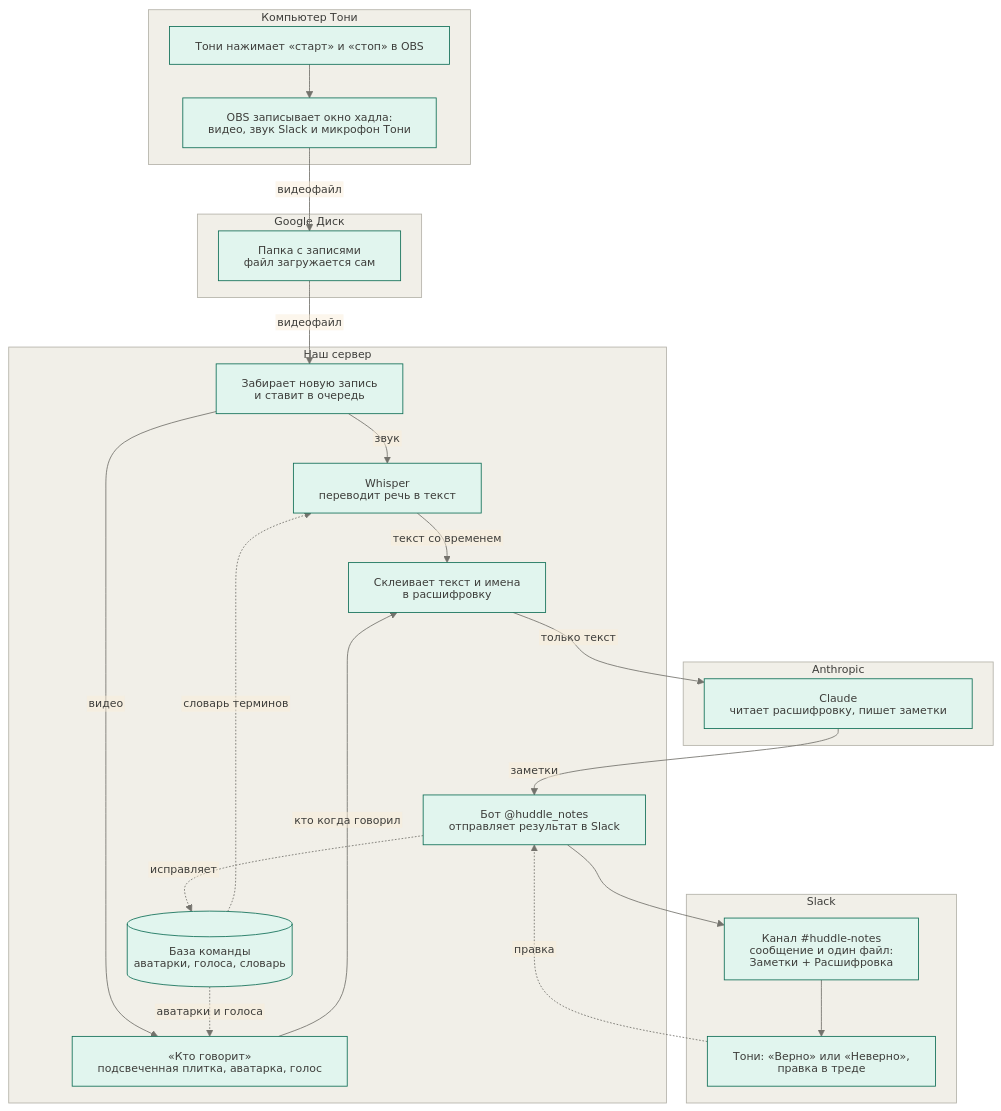
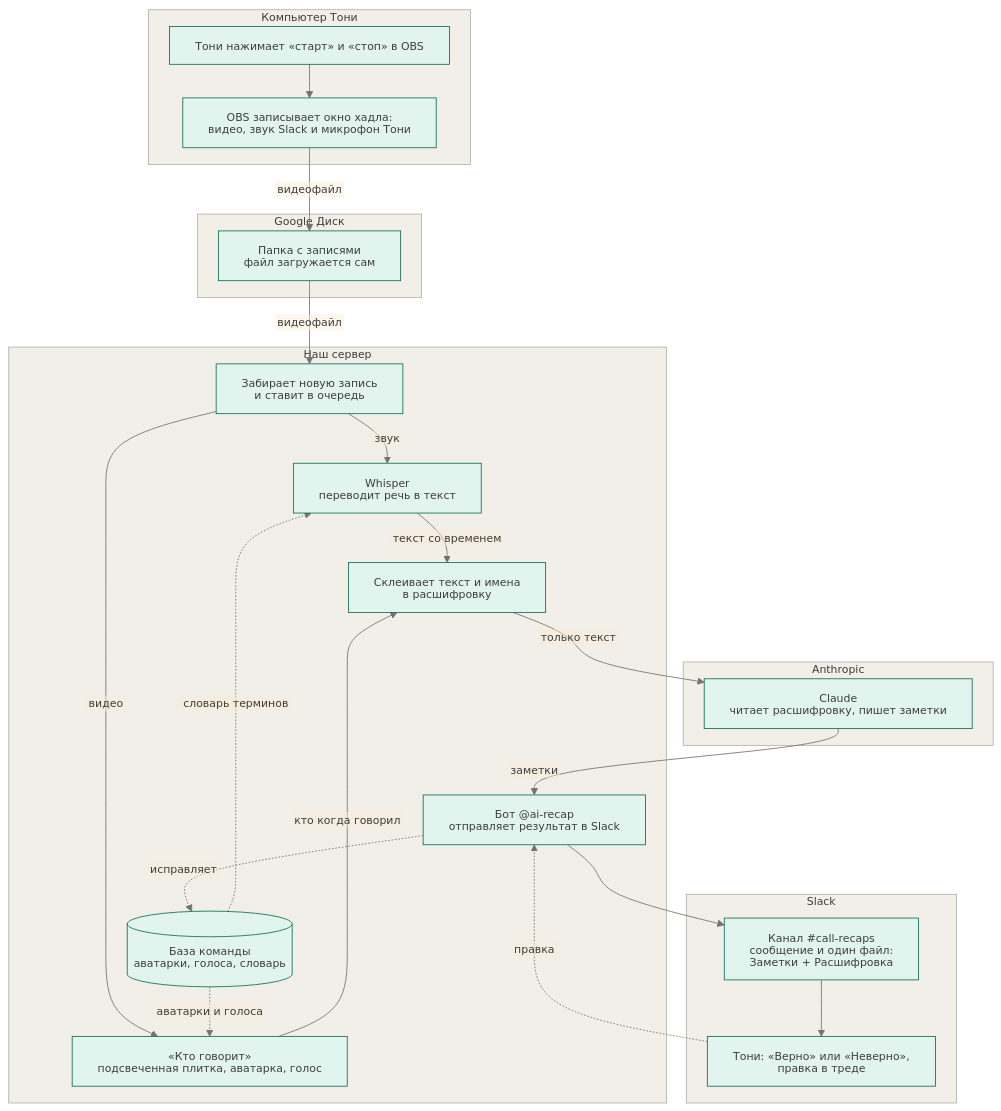
One commit to artiom1010/huddle-notes changed the diagram in docs/flow.mmd. Above: the diagram before and after it, drawn with Mermaid. The commit also changed 11 other files, not shown here.

```diff
--- a/docs/flow.mmd
+++ b/docs/flow.mmd
@@ -1,33 +1,33 @@
 %%{init: {"theme": "base", "htmlLabels": false, "flowchart": {"htmlLabels": false, "curve": "basis", "nodeSpacing": 30, "rankSpacing": 40, "wrappingWidth": 400}, "themeVariables": {"fontSize": "13px", "lineColor": "#73726c", "textColor": "#3d3d3a", "primaryColor": "#E1F5EE", "primaryBorderColor": "#0F6E56", "primaryTextColor": "#3d3d3a", "clusterBkg": "#F1EFE8", "clusterBorder": "#B4B2A9", "edgeLabelBackground": "#FAEEDA", "titleColor": "#3d3d3a"}}}%%
 flowchart TD
   subgraph PC["Компьютер Тони"]
     T1["Тони нажимает «старт» и «стоп» в OBS"]
     T2["OBS записывает окно хадла:<br/>видео, звук Slack и микрофон Тони"]
   end
   subgraph GD["Google Диск"]
     G1["Папка с записями<br/>файл загружается сам"]
   end
   subgraph SRV["Наш сервер"]
     S1["Забирает новую запись<br/>и ставит в очередь"]
     S2["Whisper<br/>переводит речь в текст"]
     S3["«Кто говорит»<br/>подсвеченная плитка, аватарка, голос"]
     S4["Склеивает текст и имена<br/>в расшифровку"]
     S5[("База команды<br/>аватарки, голоса, словарь")]
-    S6["Бот @huddle_notes<br/>отправляет результат в Slack"]
+    S6["Бот @ai-recap<br/>отправляет результат в Slack"]
   end
   subgraph AN["Anthropic"]
     A1["Claude<br/>читает расшифровку, пишет заметки"]
   end
   subgraph SL["Slack"]
-    C1["Канал #huddle-notes<br/>сообщение и один файл:<br/>Заметки + Расшифровка"]
+    C1["Канал #call-recaps<br/>сообщение и один файл:<br/>Заметки + Расшифровка"]
     C2["Тони: «Верно» или «Неверно»,<br/>правка в треде"]
   end
   T1 --> T2 -->|видеофайл| G1 -->|видеофайл| S1
   S1 -->|звук| S2
   S1 -->|видео| S3
   S2 -->|текст со временем| S4
   S3 -->|кто когда говорил| S4
   S5 -.->|словарь терминов| S2
   S5 -.->|аватарки и голоса| S3
   S4 -->|только текст| A1 -->|заметки| S6 --> C1 --> C2
   C2 -.->|правка| S6 -.->|исправляет| S5
```
